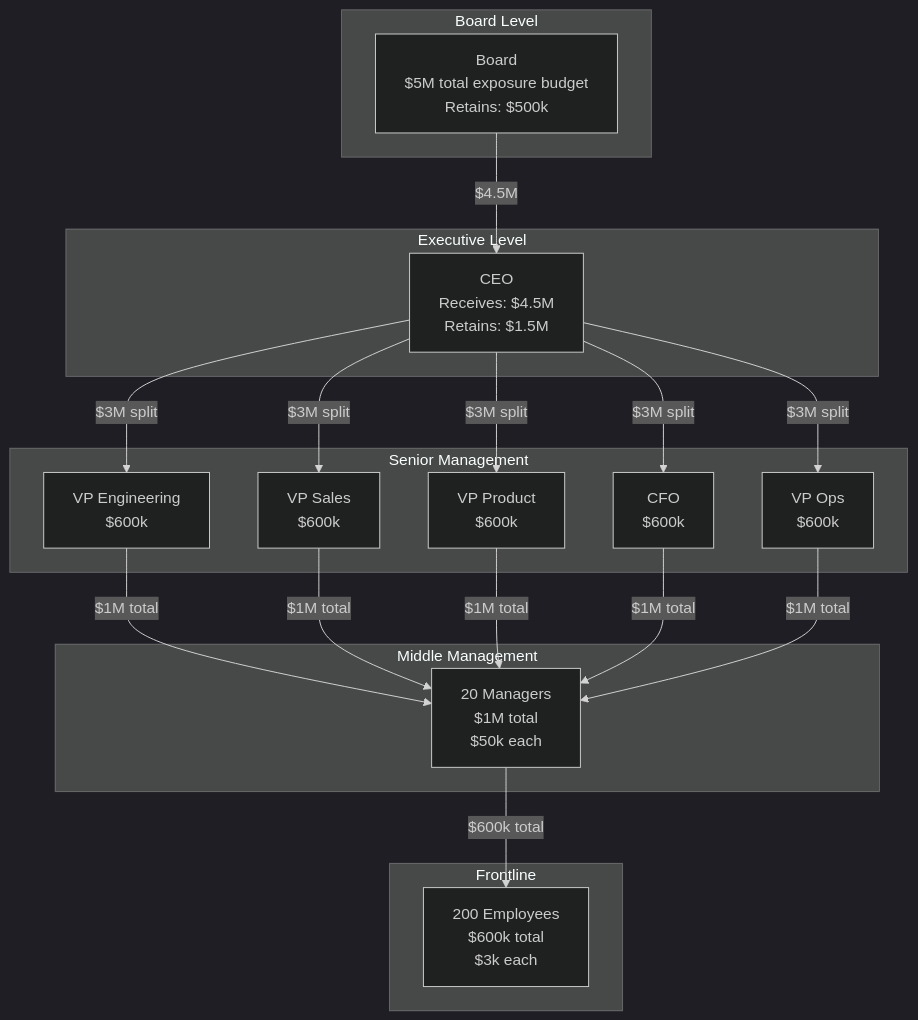
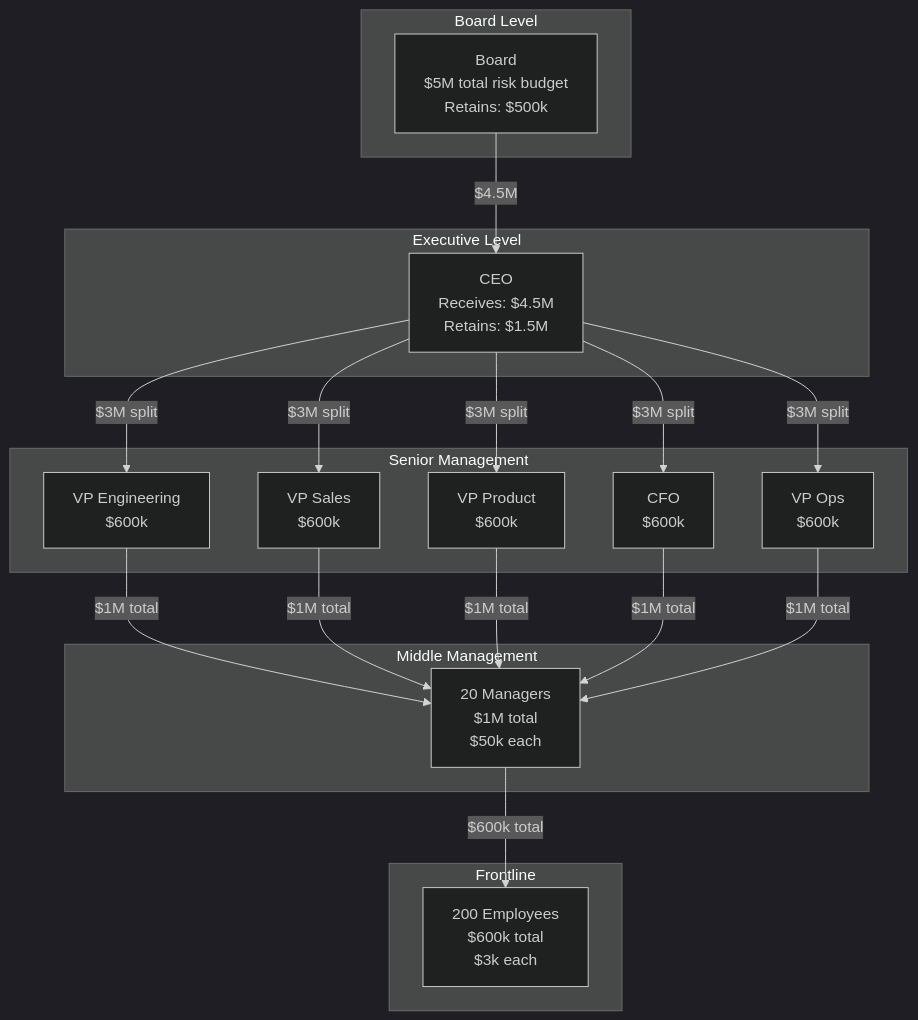
The first of 4 diagrams in apps/delegation-risk/src/content/docs/delegation-risk/exposure-cascade.md (quantified-uncertainty/cairn), drawn with Mermaid (dark theme) before and after one commit. The commit also changed other lines of this file and 24 other files, not shown here.

````diff
--- a/apps/delegation-risk/src/content/docs/delegation-risk/exposure-cascade.md
+++ b/apps/delegation-risk/src/content/docs/delegation-risk/exposure-cascade.md
@@ -51,31 +55,31 @@
 ```mermaid
 flowchart TB
     subgraph L1["Board Level"]
-        B["Board<br/>$5M total exposure budget<br/>Retains: $500k"]
+        B["Board<br/>$5M total risk budget<br/>Retains: $500k"]
     end
 
     subgraph L2["Executive Level"]
         CEO["CEO<br/>Receives: $4.5M<br/>Retains: $1.5M"]
     end
 
     subgraph L3["Senior Management"]
         E1["VP Engineering<br/>$600k"]
         E2["VP Sales<br/>$600k"]
         E3["VP Product<br/>$600k"]
         E4["CFO<br/>$600k"]
         E5["VP Ops<br/>$600k"]
     end
 
     subgraph L4["Middle Management"]
         M["20 Managers<br/>$1M total<br/>$50k each"]
     end
 
     subgraph L5["Frontline"]
         EMP["200 Employees<br/>$600k total<br/>$3k each"]
     end
 
     B -->|"$4.5M"| CEO
     CEO -->|"$3M split"| E1 & E2 & E3 & E4 & E5
     E1 & E2 & E3 & E4 & E5 -->|"$1M total"| M
     M -->|"$600k total"| EMP
 ```
````
